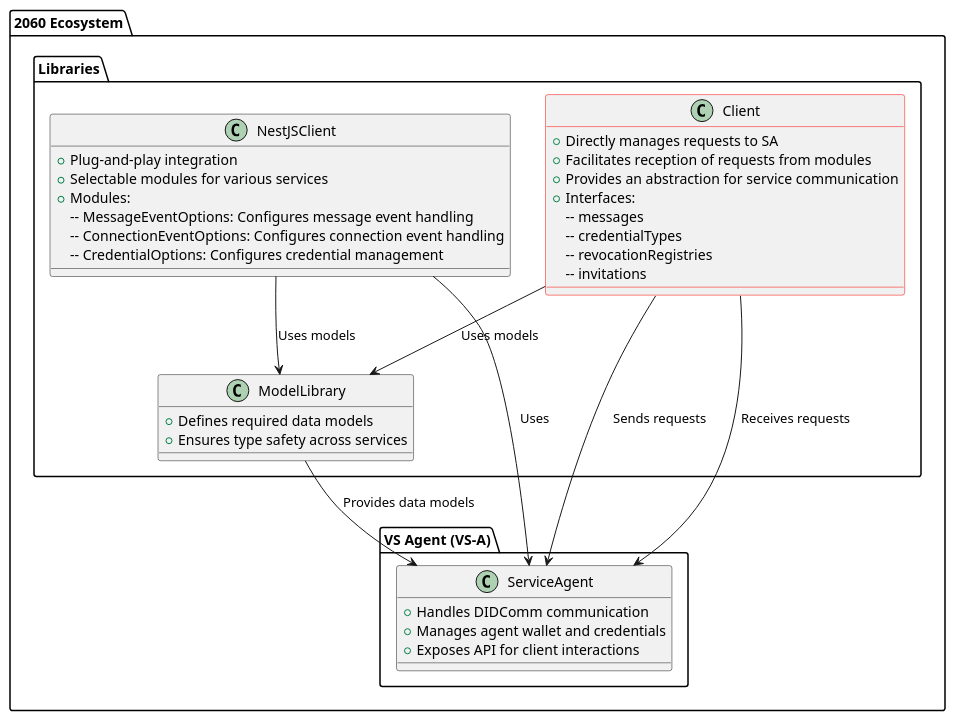
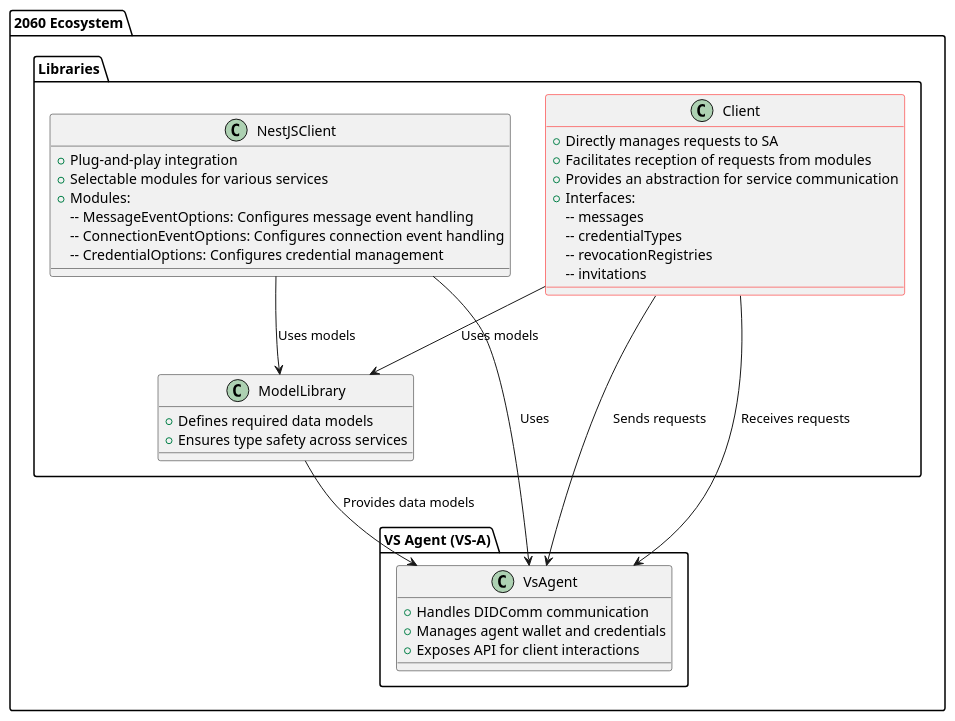
The diagram in packages/client/README.md (2060-io/vs-agent), drawn with PlantUML before and after one commit. The commit also changed 50 other files, not shown here.

Commit message:
refactor: rename demo-dts to nestjs-vs + ServiceAgent to VsAgent

````diff
--- a/packages/client/README.md
+++ b/packages/client/README.md
@@ -18,48 +18,48 @@
 ```plantuml
 @startuml
 
 package "2060 Ecosystem" {
     package "VS Agent (VS-A)" {
-        class ServiceAgent {
+        class VsAgent {
             + Handles DIDComm communication
             + Manages agent wallet and credentials
             + Exposes API for client interactions
         }
     }
     
     package "Libraries" {
         class NestJSClient {
             + Plug-and-play integration
             + Selectable modules for various services
             + Modules:
               -- MessageEventOptions: Configures message event handling
               -- ConnectionEventOptions: Configures connection event handling
               -- CredentialOptions: Configures credential management
         }
         class Client ##red {
             + Directly manages requests to SA
             + Facilitates reception of requests from modules
             + Provides an abstraction for service communication
             + Interfaces:
               -- messages
               -- credentialTypes
               -- revocationRegistries
               -- invitations
       
         }
         class ModelLibrary {
             + Defines required data models
             + Ensures type safety across services
         }
     }
 }
 
-NestJSClient --> ServiceAgent : Uses
-Client --> ServiceAgent : Sends requests
-Client --> ServiceAgent : Receives requests
+NestJSClient --> VsAgent : Uses
+Client --> VsAgent : Sends requests
+Client --> VsAgent : Receives requests
 Client --> ModelLibrary : Uses models
-ModelLibrary --> ServiceAgent : Provides data models
+ModelLibrary --> VsAgent : Provides data models
 NestJSClient --> ModelLibrary : Uses models
 
 @enduml
 ```
````
